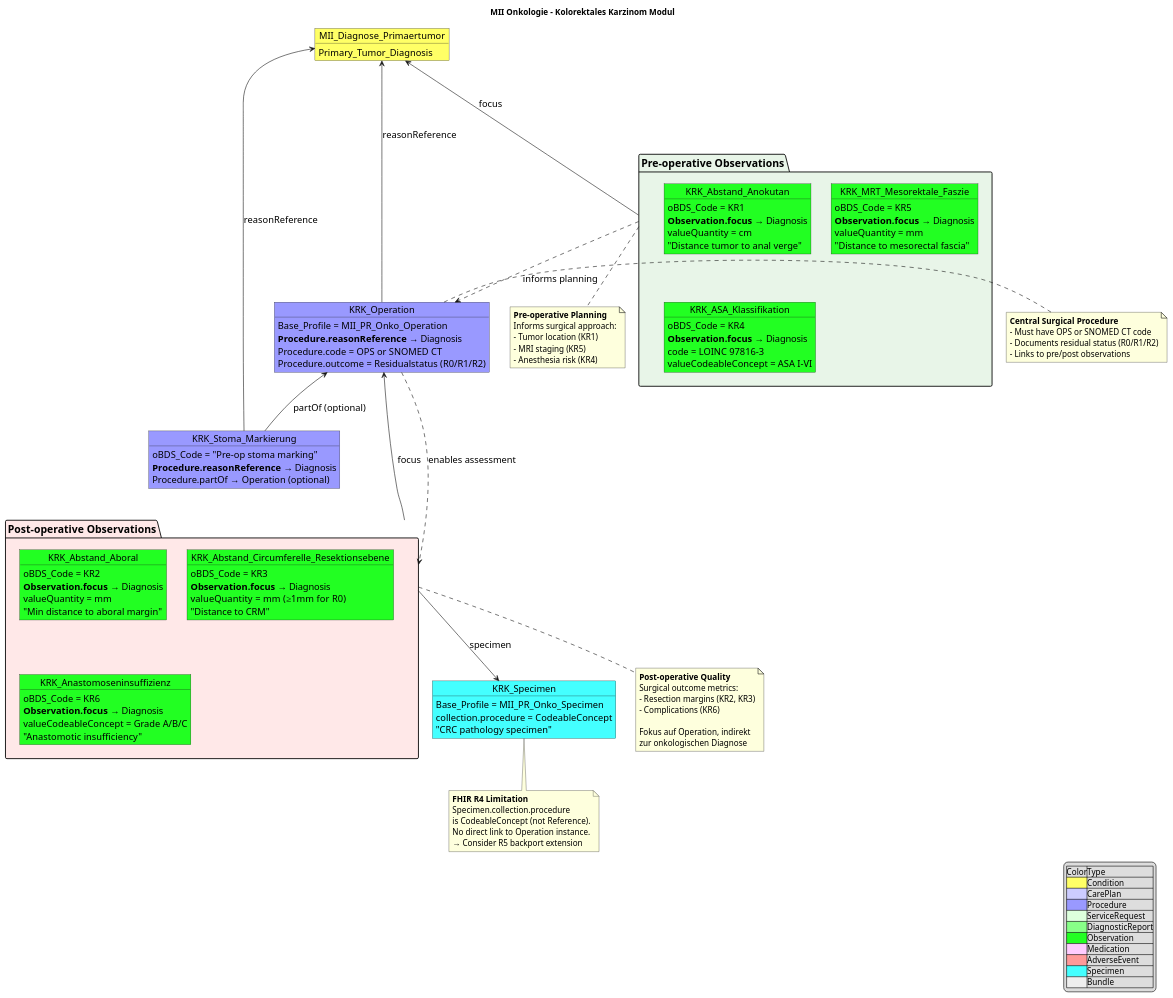
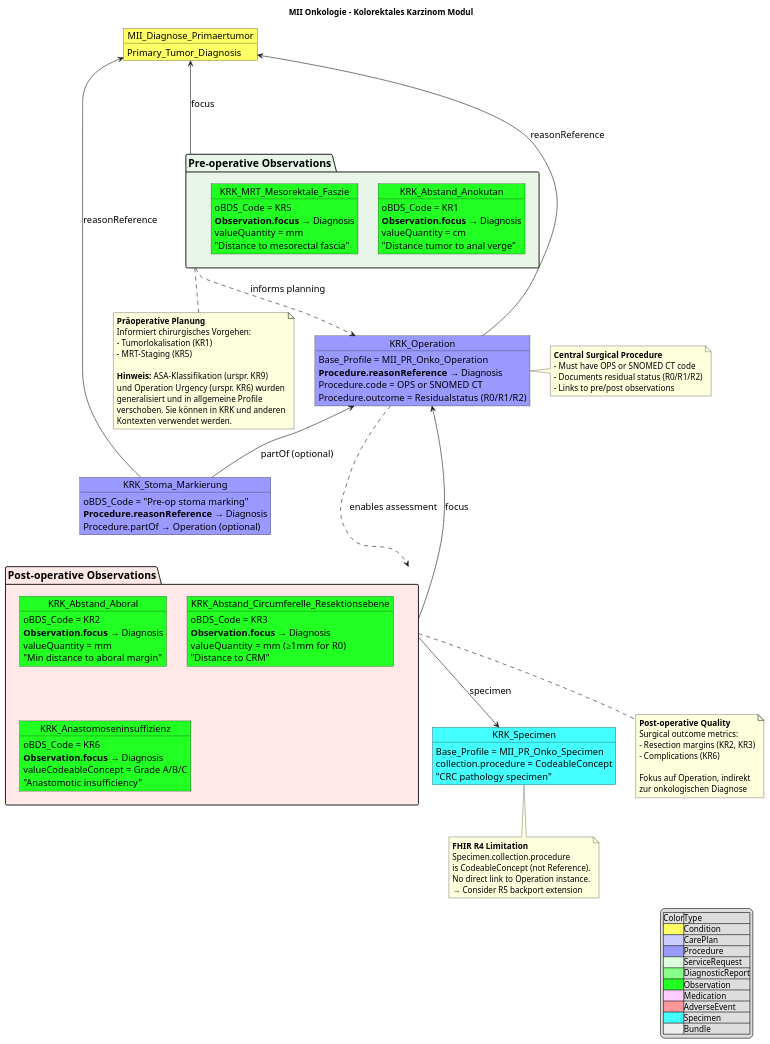
One commit to medizininformatik-initiative/kerndatensatzmodul-onkologie changed the diagram in input/images-source/MII_Onko_KRK_Module.pu. Above: the diagram before and after it, drawn with PlantUML. The commit also changed 4 other files, not shown here.

First line of the commit message:
feat: Update UML diagrams and add PlantUML auto-rendering workflow

```diff
--- a/input/images-source/MII_Onko_KRK_Module.pu
+++ b/input/images-source/MII_Onko_KRK_Module.pu
@@ -1,148 +1,146 @@
 @startuml MII_Onko_KRK_Module
 title MII Onkologie - Kolorektales Karzinom Modul
 skinparam defaultFontSize 16
 skinparam objectFontSize 16
 skinparam packageFontSize 18
 skinparam noteFontSize 14
 
 ' Central Diagnosis
 object MII_Diagnose_Primaertumor #FFFF66 {
     Primary_Tumor_Diagnosis
 }
 
 ' Central Surgical Procedure
 object KRK_Operation #9999FF {
     Base_Profile = MII_PR_Onko_Operation
     **Procedure.reasonReference** → Diagnosis
     Procedure.code = OPS or SNOMED CT
     Procedure.outcome = Residualstatus (R0/R1/R2)
 }
 
 ' Pre-operative Planning (close to Operation)
 object KRK_Stoma_Markierung #9999FF {
     oBDS_Code = "Pre-op stoma marking"
     **Procedure.reasonReference** → Diagnosis
     Procedure.partOf → Operation (optional)
 }
 
 ' Pre-operative Assessments
 package "Pre-operative Observations" as preop #E8F5E8 {
     object KRK_Abstand_Anokutan #22FF22 {
         oBDS_Code = KR1
         **Observation.focus** → Diagnosis
         valueQuantity = cm
         "Distance tumor to anal verge"
     }
     
     object KRK_MRT_Mesorektale_Faszie #22FF22 {
         oBDS_Code = KR5
         **Observation.focus** → Diagnosis
         valueQuantity = mm
         "Distance to mesorectal fascia"
-    }
-    
-    object KRK_ASA_Klassifikation #22FF22 {
-        oBDS_Code = KR4
-        **Observation.focus** → Diagnosis
-        code = LOINC 97816-3
-        valueCodeableConcept = ASA I-VI
     }
 }
 
 ' Post-operative Assessments  
 package "Post-operative Observations" as postop #FFE8E8 {
     object KRK_Abstand_Aboral #22FF22 {
         oBDS_Code = KR2
         **Observation.focus** → Diagnosis
         valueQuantity = mm
         "Min distance to aboral margin"
     }
     
     object KRK_Abstand_Circumferelle_Resektionsebene #22FF22 {
         oBDS_Code = KR3
         **Observation.focus** → Diagnosis  
         valueQuantity = mm (≥1mm for R0)
         "Distance to CRM"
     }
     
     object KRK_Anastomoseninsuffizienz #22FF22 {
         oBDS_Code = KR6
         **Observation.focus** → Diagnosis
         valueCodeableConcept = Grade A/B/C
         "Anastomotic insufficiency"
     }
 }
 
 ' Specimen from Operation
 object KRK_Specimen #44FFFF {
     Base_Profile = MII_PR_Onko_Specimen
     collection.procedure = CodeableConcept
     "CRC pathology specimen"
 }
 
 
 ' Primary relationships
 MII_Diagnose_Primaertumor <--- KRK_Operation : reasonReference
 MII_Diagnose_Primaertumor <--- KRK_Stoma_Markierung : reasonReference
 KRK_Operation <-- KRK_Stoma_Markierung : partOf (optional)
 
 ' Pre-operative observations
 MII_Diagnose_Primaertumor <--- preop : focus
 
 ' Post-operative observations  
 KRK_Operation <--- postop : focus
 postop --> KRK_Specimen : specimen
 
 ' Clinical workflow
 preop .down.> KRK_Operation : "informs planning"
 KRK_Operation .down.> postop : "enables assessment"
 
 
 legend right 
 |Color|Type|
 |<#FFFF66>|Condition|
 |<#CCCCFF>|CarePlan|
 |<#9999FF>|Procedure|
 |<#DDFFDD>|ServiceRequest|
 |<#88FF88>|DiagnosticReport|
 |<#22FF22>|Observation|
 |<#FFCCFF>|Medication|
 |<#FF9999>|AdverseEvent|
 |<#44FFFF>|Specimen|
 |<#EEEEEE>|Bundle|
 endlegend
 
 note right of KRK_Operation
 **Central Surgical Procedure**
 - Must have OPS or SNOMED CT code
 - Documents residual status (R0/R1/R2)
 - Links to pre/post observations
 end note
 
 note bottom of preop
-**Pre-operative Planning**
-Informs surgical approach:
-- Tumor location (KR1)
-- MRI staging (KR5)
-- Anesthesia risk (KR4)
+**Präoperative Planung**
+Informiert chirurgisches Vorgehen:
+- Tumorlokalisation (KR1)
+- MRT-Staging (KR5)
+
+**Hinweis:** ASA-Klassifikation (urspr. KR9)
+und Operation Urgency (urspr. KR6) wurden
+generalisiert und in allgemeine Profile
+verschoben. Sie können in KRK und anderen
+Kontexten verwendet werden.
 end note
 
 note bottom of postop
 **Post-operative Quality**
 Surgical outcome metrics:
 - Resection margins (KR2, KR3)
 - Complications (KR6)
 
 Fokus auf Operation, indirekt
 zur onkologischen Diagnose
 end note
 
 note bottom of KRK_Specimen
 **FHIR R4 Limitation**
 Specimen.collection.procedure
 is CodeableConcept (not Reference).
 No direct link to Operation instance.
 → Consider R5 backport extension
 end note
 
 @enduml
```
